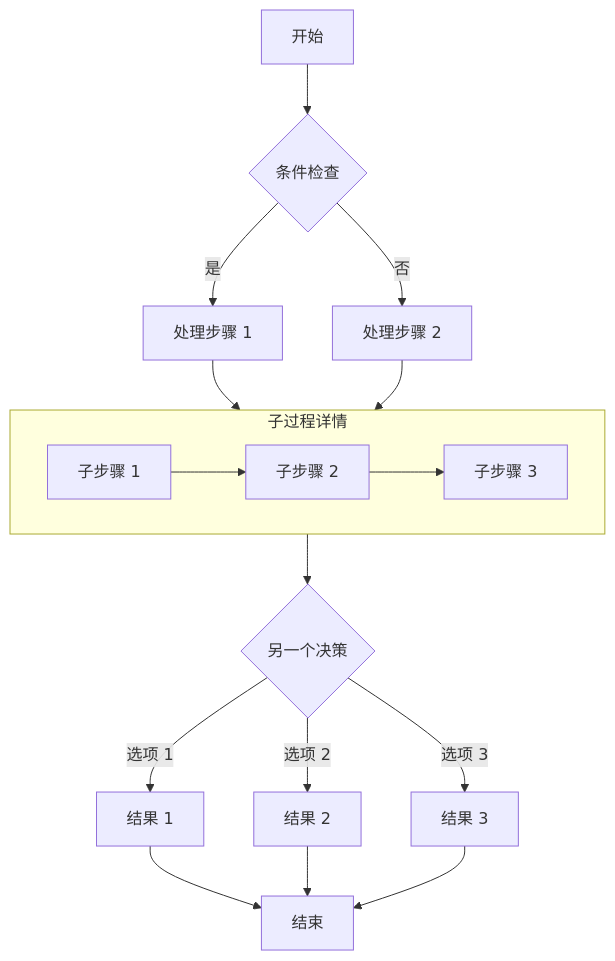
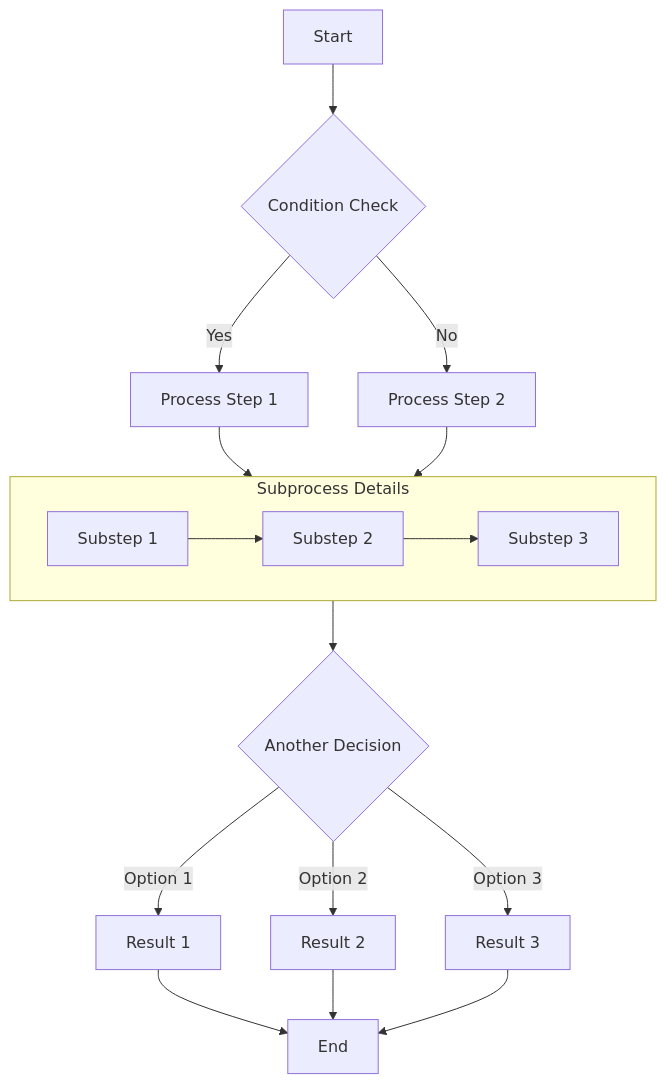
Before and after one commit to Erym03/lacorteblu.github.io: the first of 6 diagrams in src/content/posts/markdown-mermaid.md, drawn with Mermaid. The commit also changed other lines of this file and 572 other files, not shown here.

````diff
--- a/src/content/posts/markdown-mermaid.md
+++ b/src/content/posts/markdown-mermaid.md
@@ -21,19 +21,19 @@
 ```mermaid
 graph TD
-    A[开始] --> B{条件检查}
-    B -->|是| C[处理步骤 1]
-    B -->|否| D[处理步骤 2]
-    C --> E[子过程]
+    A[Start] --> B{Condition Check}
+    B -->|Yes| C[Process Step 1]
+    B -->|No| D[Process Step 2]
+    C --> E[Subprocess]
     D --> E
-    subgraph E [子过程详情]
-        E1[子步骤 1] --> E2[子步骤 2]
-        E2 --> E3[子步骤 3]
+    subgraph E [Subprocess Details]
+        E1[Substep 1] --> E2[Substep 2]
+        E2 --> E3[Substep 3]
     end
-    E --> F{另一个决策}
-    F -->|选项 1| G[结果 1]
-    F -->|选项 2| H[结果 2]
-    F -->|选项 3| I[结果 3]
-    G --> J[结束]
+    E --> F{Another Decision}
+    F -->|Option 1| G[Result 1]
+    F -->|Option 2| H[Result 2]
+    F -->|Option 3| I[Result 3]
+    G --> J[End]
     H --> J
     I --> J
 ```
````
